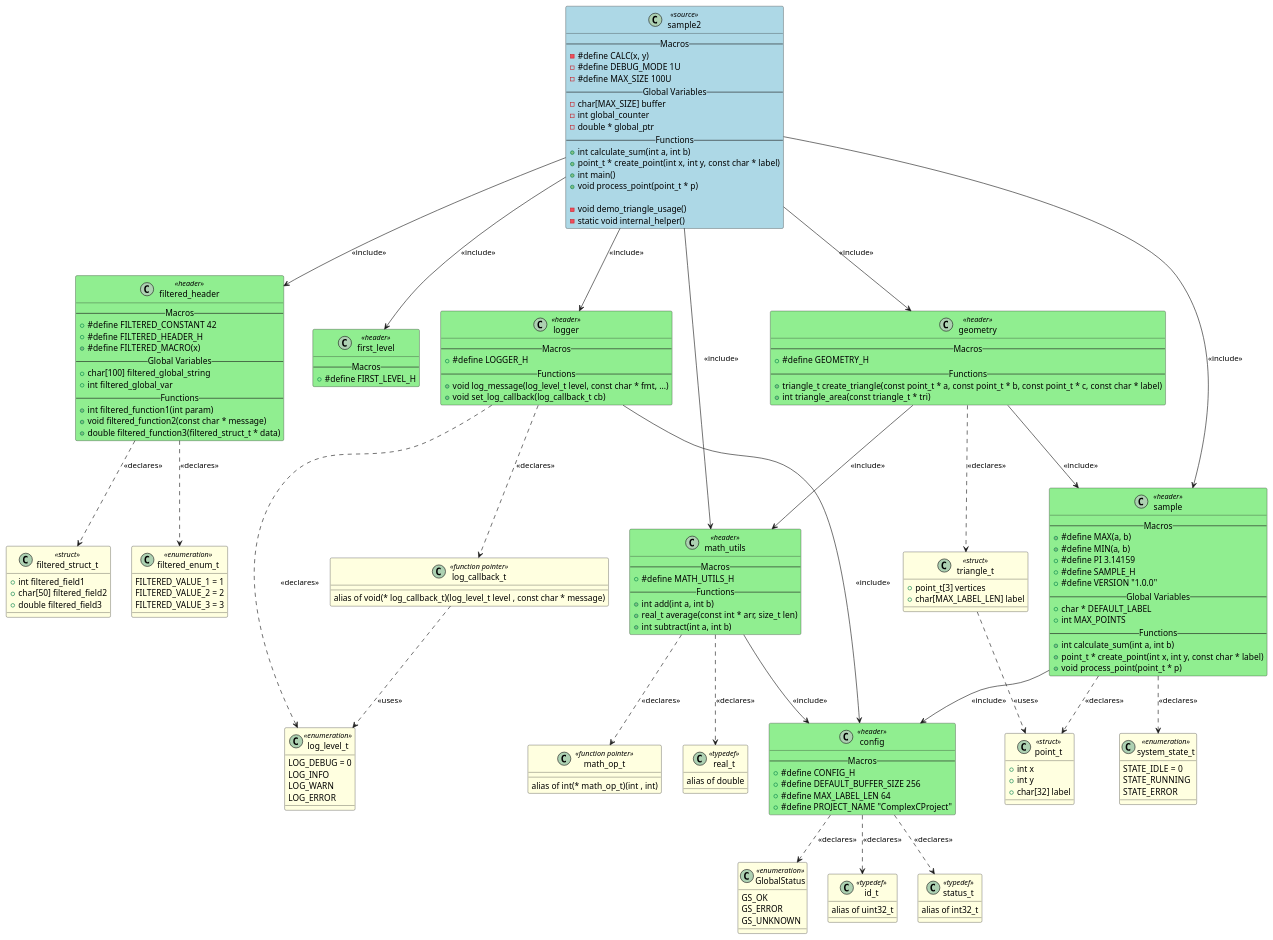
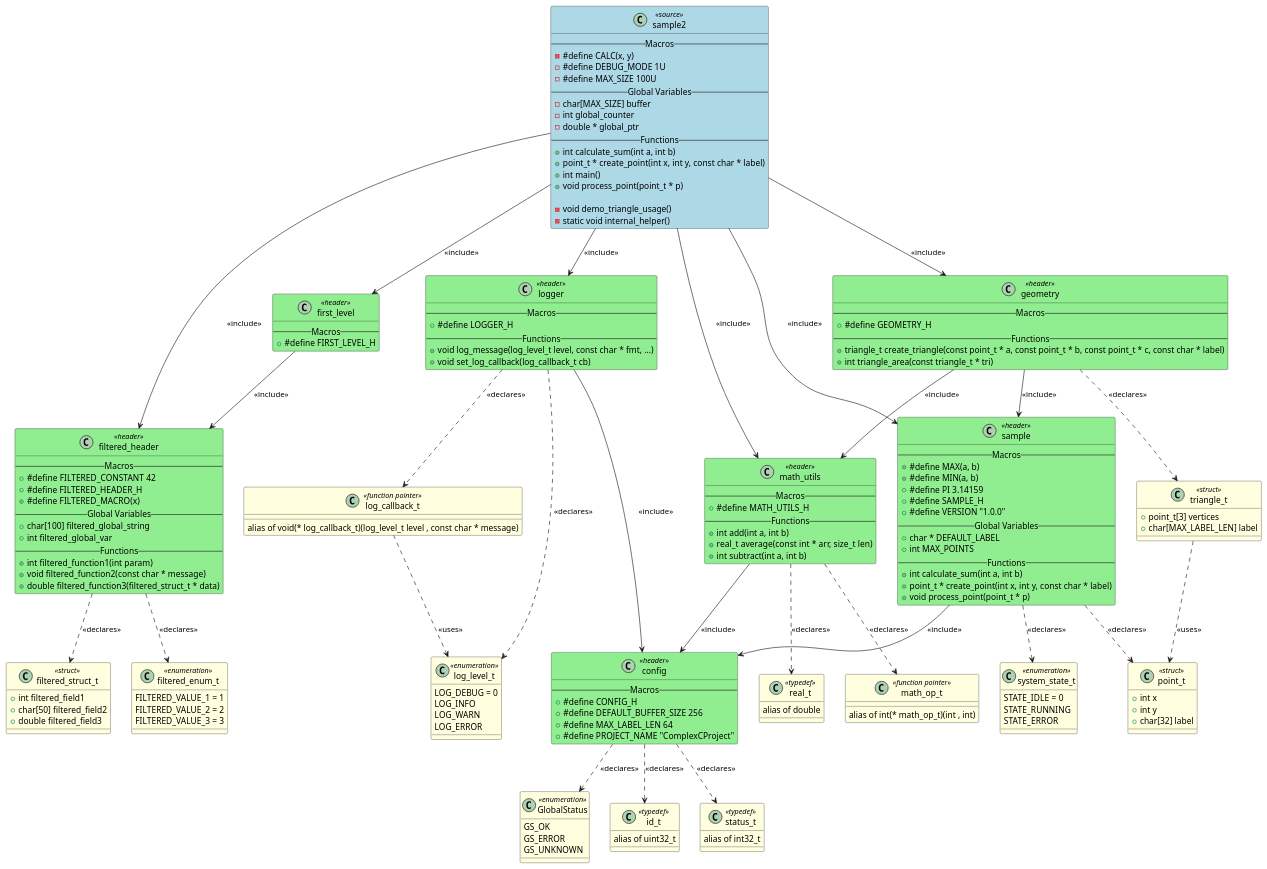
Before and after one commit to fischerjooo/c2puml: the diagram in artifacts/output_example/sample2.puml, drawn with PlantUML. The commit also changed 20 other files, not shown here.

Commit message:
Enhance diagram generation with new config and relationship handling

```diff
--- a/artifacts/output_example/sample2.puml
+++ b/artifacts/output_example/sample2.puml
@@ -171,6 +171,7 @@
 
 
 ' Include relationships
+HEADER_FIRST_LEVEL --> HEADER_FILTERED_HEADER : <<include>>
 HEADER_GEOMETRY --> HEADER_MATH_UTILS : <<include>>
 HEADER_GEOMETRY --> HEADER_SAMPLE : <<include>>
 HEADER_LOGGER --> HEADER_CONFIG : <<include>>
```
